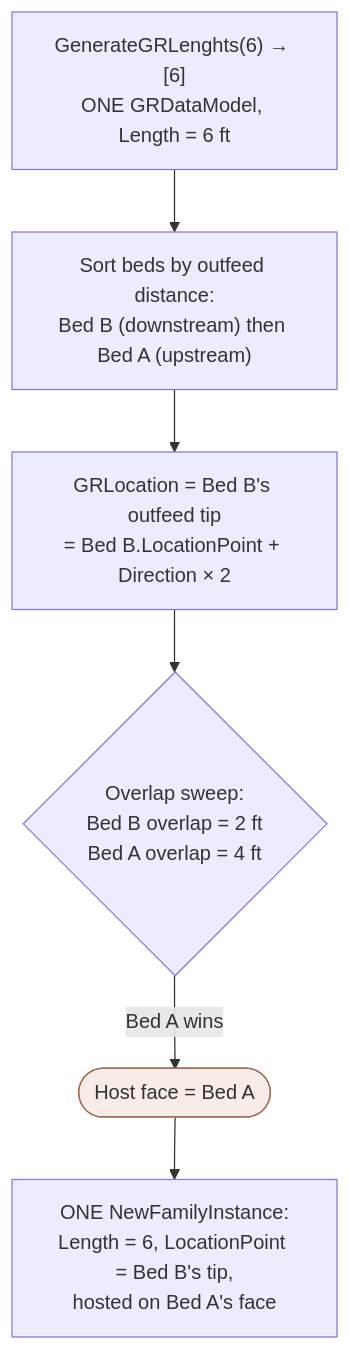
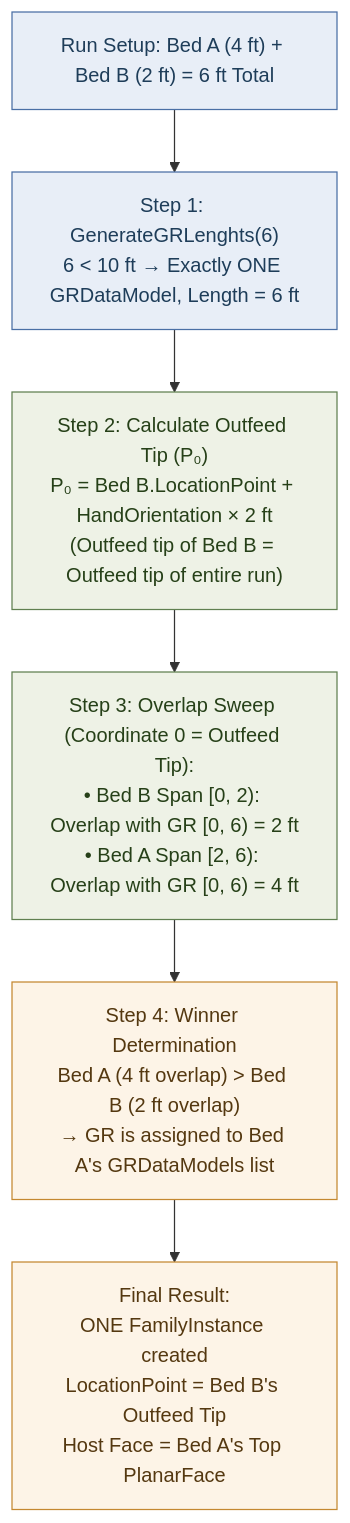
Before and after one commit to Mustafa-TOMMY/CommandSamplesRevitApiVer2025: diagram 15 of 20 in RevitApiSamples/Samples/TransformModule/ProjectCases/Conveyor/ConveyorFamilyGeometry.md, drawn with Mermaid. The commit also changed other lines of this file, not shown here.

Commit message:
docs(transform): add comprehensive diagram suite to ConveyorFamilyGeometry.md

````diff
--- a/RevitApiSamples/Samples/TransformModule/ProjectCases/Conveyor/ConveyorFamilyGeometry.md
+++ b/RevitApiSamples/Samples/TransformModule/ProjectCases/Conveyor/ConveyorFamilyGeometry.md
@@ -649,10 +729,19 @@
 ```mermaid
 flowchart TD
-    Seg["GenerateGRLenghts(6) → [6]<br/>ONE GRDataModel, Length = 6 ft"] --> Sort["Sort beds by outfeed distance:<br/>Bed B (downstream) then Bed A (upstream)"]
-    Sort --> Loc["GRLocation = Bed B's outfeed tip<br/>= Bed B.LocationPoint + Direction × 2"]
-    Loc --> Overlap{"Overlap sweep:<br/>Bed B overlap = 2 ft<br/>Bed A overlap = 4 ft"}
-    Overlap -->|Bed A wins| Host(["Host face = Bed A"])
-    Host --> Result["ONE NewFamilyInstance:<br/>Length = 6, LocationPoint = Bed B's tip,<br/>hosted on Bed A's face"]
+    Setup["Run Setup: Bed A (4 ft) + Bed B (2 ft) = 6 ft Total"] --> Step1["Step 1: GenerateGRLenghts(6)<br/>6 < 10 ft → Exactly ONE GRDataModel, Length = 6 ft"]
+    
+    Step1 --> Step2["Step 2: Calculate Outfeed Tip (P₀)<br/>P₀ = Bed B.LocationPoint + HandOrientation × 2 ft<br/>(Outfeed tip of Bed B = Outfeed tip of entire run)"]
+    
+    Step2 --> Step3["Step 3: Overlap Sweep (Coordinate 0 = Outfeed Tip):<br/>• Bed B Span [0, 2): Overlap with GR [0, 6) = 2 ft<br/>• Bed A Span [2, 6): Overlap with GR [0, 6) = 4 ft"]
+    
+    Step3 --> Step4["Step 4: Winner Determination<br/>Bed A (4 ft overlap) > Bed B (2 ft overlap)<br/>→ GR is assigned to Bed A's GRDataModels list"]
+    
+    Step4 --> Result["Final Result:<br/>ONE FamilyInstance created<br/>LocationPoint = Bed B's Outfeed Tip<br/>Host Face = Bed A's Top PlanarFace"]
 
-    style Host fill:#f7ece8,stroke:#a5674a
+    classDef s1 fill:#e8eef7,stroke:#4a6fa5,color:#1e3d59;
+    classDef s2 fill:#eef2e6,stroke:#608050,color:#264018;
+    classDef s3 fill:#fdf4e7,stroke:#c48830,color:#543810;
+    class Setup,Step1 s1
+    class Step2,Step3 s2
+    class Step4,Result s3
 ```
````
